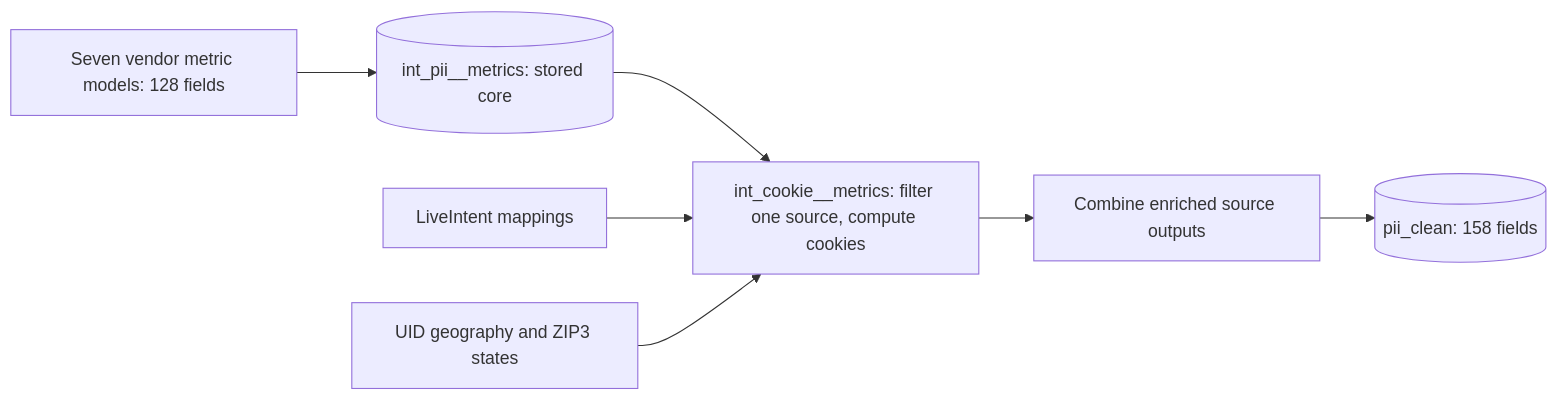
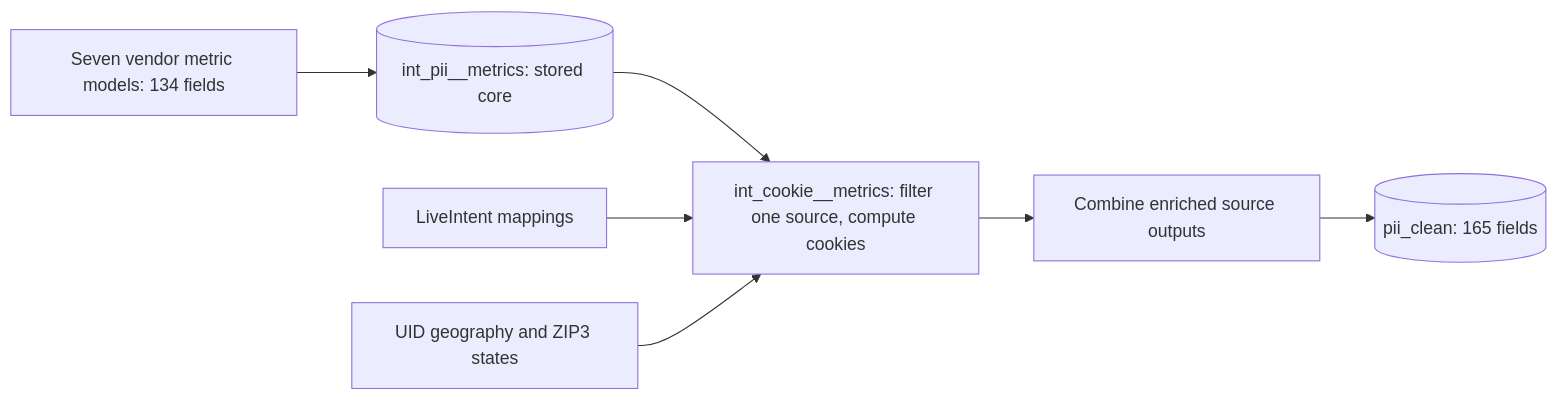
One commit to pp-jteixeira/nscreen-identity-resolution changed the diagram in vendor_quality_measurement/pii_clean/docs/cookie_stage.md. Above: the diagram before and after it, drawn with Mermaid. The commit also changed other lines of this file and 183 other files, not shown here.

First line of the commit message:
Publish pii_clean at one row per source/email/NPI link

````diff
--- a/vendor_quality_measurement/pii_clean/docs/cookie_stage.md
+++ b/vendor_quality_measurement/pii_clean/docs/cookie_stage.md
@@ -7,9 +5,9 @@
 ```mermaid
 flowchart LR
-  vendors["Seven vendor metric models: 128 fields"] --> core[("int_pii__metrics: stored core")]
+  vendors["Seven vendor metric models: 134 fields"] --> core[("int_pii__metrics: stored core")]
   core --> cookies["int_cookie__metrics: filter one source, compute cookies"]
   mappings["LiveIntent mappings"] --> cookies
   geography["UID geography and ZIP3 states"] --> cookies
   cookies --> combined["Combine enriched source outputs"]
-  combined --> final[("pii_clean: 158 fields")]
+  combined --> final[("pii_clean: 165 fields")]
 ```
````
